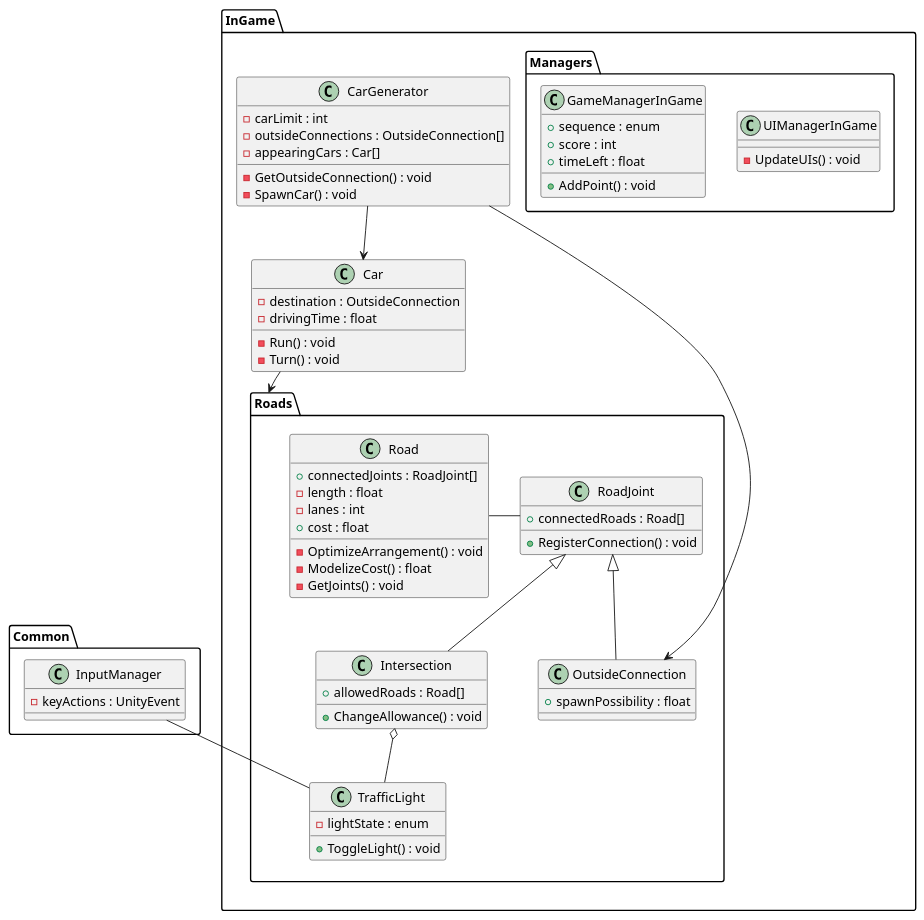
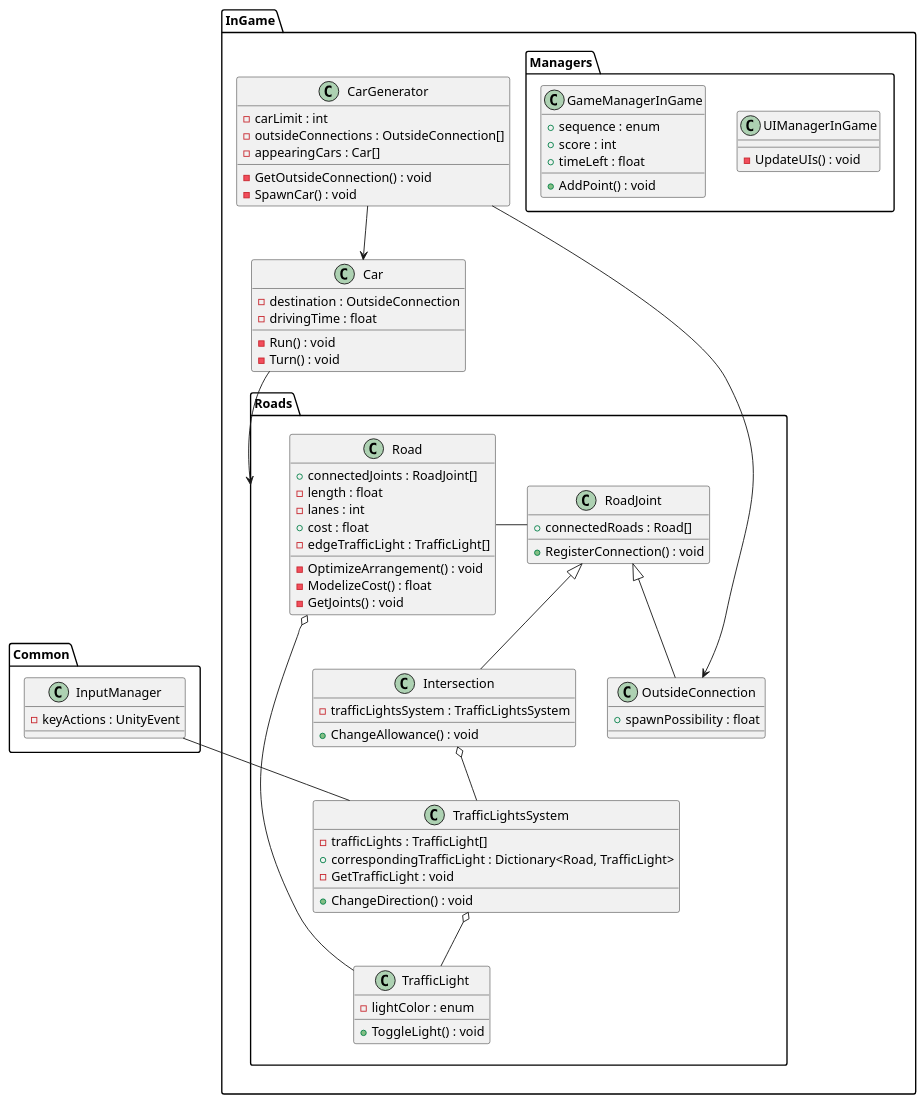
Before and after one commit to konbraphat51/TrafficLights: the diagram in UML/Class.puml, drawn with PlantUML. The commit also changed 11 other files, not shown here.

Commit message:
TrafficLightsSystemの初期化

```diff
--- a/UML/Class.puml
+++ b/UML/Class.puml
@@ -1,85 +1,96 @@
 @startuml
 
 package Common{
     class InputManager{
         -keyActions : UnityEvent
     }
 }
 
 package InGame{
     package Roads{
         class Road{
             +connectedJoints : RoadJoint[]
             -length : float
             -lanes : int
             +cost : float
+            -edgeTrafficLight : TrafficLight[]
             -OptimizeArrangement() : void
             -ModelizeCost() : float
             -GetJoints() : void
         }
 
         class RoadJoint{
             +connectedRoads : Road[]
             +RegisterConnection() : void
         }
 
         Road - RoadJoint
 
         class Intersection{
-            +allowedRoads : Road[]
+            -trafficLightsSystem : TrafficLightsSystem
             +ChangeAllowance() : void
         }
 
         RoadJoint <|-- Intersection
 
         class OutsideConnection{
             +spawnPossibility : float
         }
 
         RoadJoint <|-- OutsideConnection
 
+        class TrafficLightsSystem{
+            -trafficLights : TrafficLight[]
+            +correspondingTrafficLight : Dictionary<Road, TrafficLight>
+            +ChangeDirection() : void
+            -GetTrafficLight : void
+        }
+
+        Intersection o-- TrafficLightsSystem
+
         class TrafficLight{
-            -lightState : enum
+            -lightColor : enum
             +ToggleLight() : void
         }
 
-        Intersection o-- TrafficLight
+        TrafficLightsSystem o-- TrafficLight
+        Road o-- TrafficLight
 
-        InputManager -- TrafficLight
+        InputManager -- TrafficLightsSystem
     }
     
     class Car{
         -destination : OutsideConnection
         -drivingTime : float
         -Run() : void
         -Turn() : void
     }
 
     Car --> Roads
 
     class CarGenerator{
         -carLimit : int
         -outsideConnections : OutsideConnection[]
         -appearingCars : Car[]
         -GetOutsideConnection() : void
         -SpawnCar() : void
     }
 
     CarGenerator --> Car
     CarGenerator --> OutsideConnection
 
     package Managers{
         class UIManagerInGame{
             -UpdateUIs() : void
         }
 
         class GameManagerInGame{
             +sequence : enum
             +score : int
             +timeLeft : float
             +AddPoint() : void
         }
     }
 }
 
 @enduml
```
